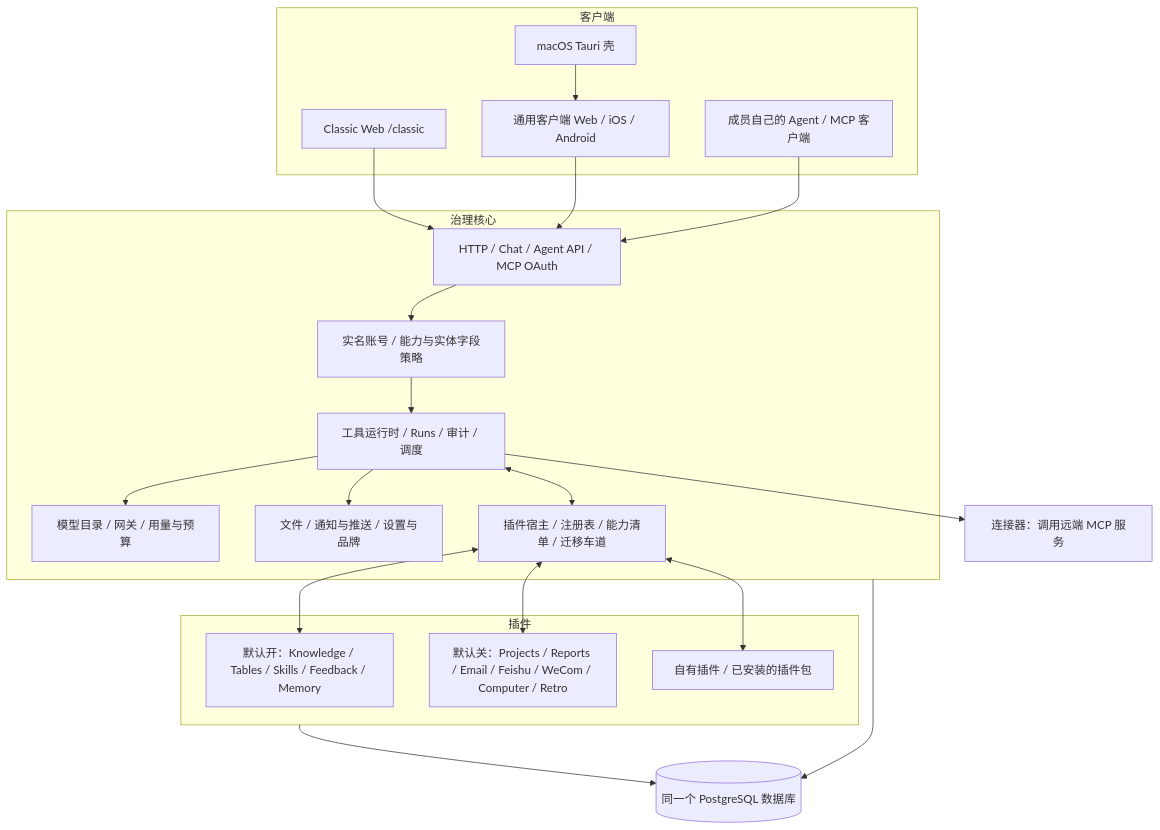
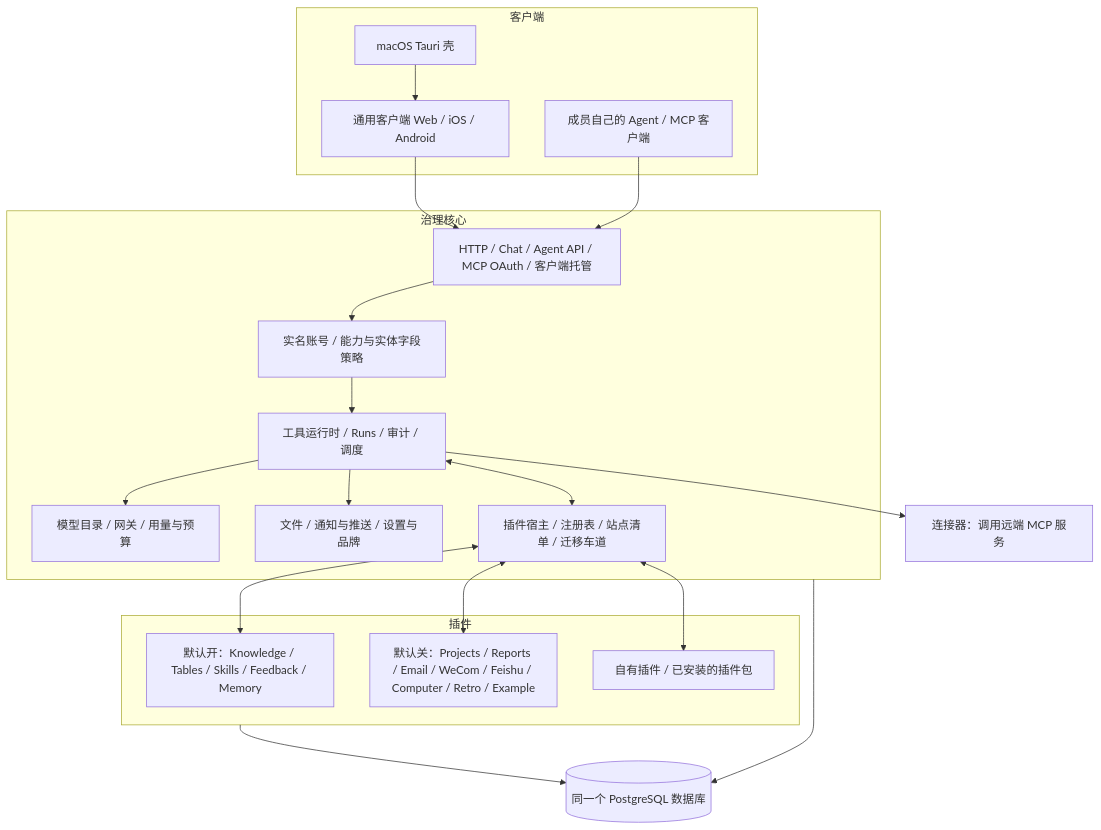
The first of 4 diagrams in docs/architecture.md (linjiejim/greenhouse), drawn with Mermaid before and after one commit. The commit also changed other lines of this file and 19 other files, not shown here.

First line of the commit message:
docs: architecture, capabilities and landing describe the one-client 4.0

````diff
--- a/docs/architecture.md
+++ b/docs/architecture.md
@@ -11,36 +12,30 @@
 ```mermaid
 flowchart TB
   subgraph clients[客户端]
-    classic[Classic Web /classic]
     universal[通用客户端 Web / iOS / Android]
     desktop[macOS Tauri 壳]
     external[成员自己的 Agent / MCP 客户端]
   end
   desktop --> universal
   subgraph core[治理核心]
-    ingress[HTTP / Chat / Agent API / MCP OAuth]
+    ingress[HTTP / Chat / Agent API / MCP OAuth / 客户端托管]
     auth[实名账号 / 能力与实体字段策略]
     runtime[工具运行时 / Runs / 审计 / 调度]
     models[模型目录 / 网关 / 用量与预算]
     shared[文件 / 通知与推送 / 设置与品牌]
-    host[插件宿主 / 注册表 / 能力清单 / 迁移车道]
+    host[插件宿主 / 注册表 / 站点清单 / 迁移车道]
     ingress --> auth --> runtime
-    runtime --> models
-    runtime --> shared
+    runtime --> models & shared
     runtime <--> host
   end
-  classic --> ingress
-  universal --> ingress
-  external --> ingress
+  universal & external --> ingress
   subgraph plugins[插件]
     defaults[默认开：Knowledge / Tables / Skills / Feedback / Memory]
-    optional[默认关：Projects / Reports / Email / Feishu / WeCom / Computer / Retro]
+    optional[默认关：Projects / Reports / Email / WeCom / Feishu / Computer / Retro / Example]
     private[自有插件 / 已安装的插件包]
   end
-  host <--> defaults
-  host <--> optional
-  host <--> private
+  host <--> defaults & optional & private
   runtime --> connectors[连接器：调用远端 MCP 服务]
   core --> db[(同一个 PostgreSQL 数据库)]
   plugins --> db
 ```
````
